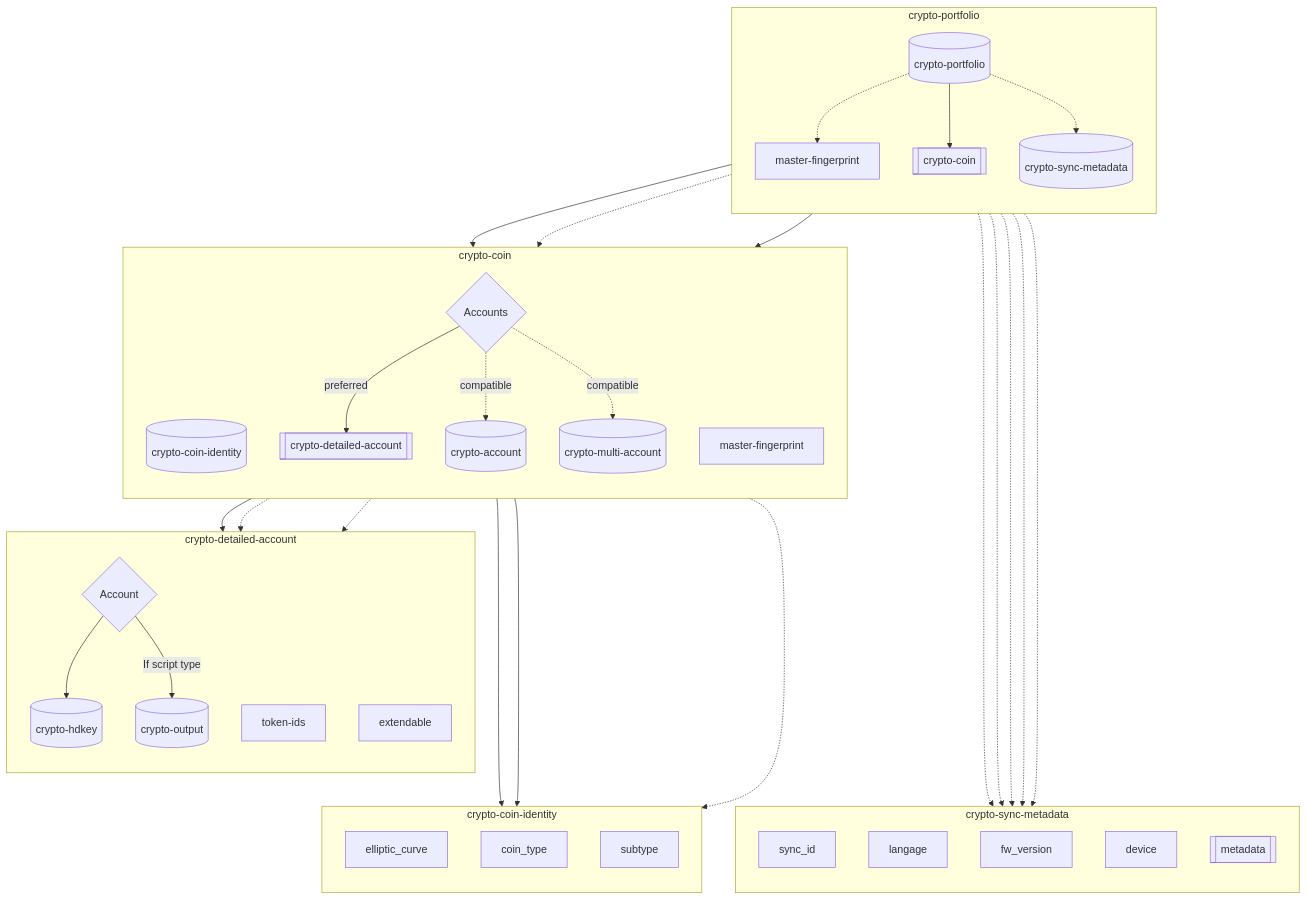
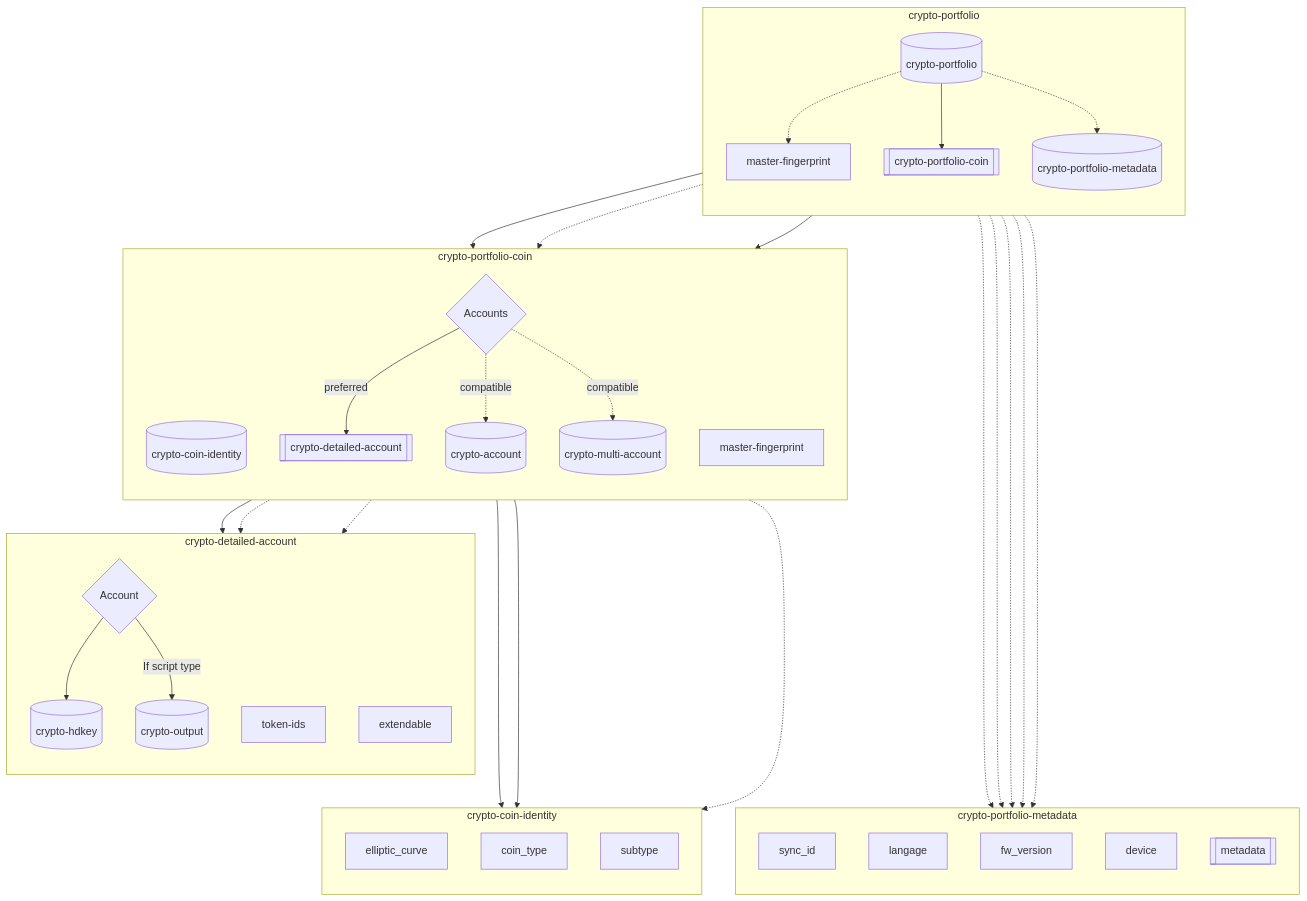
Before and after one commit to ngraveio/Research: the fourth of 4 diagrams in papers/nbcr-2023-002-multi-layer-sync.md, drawn with Mermaid. The commit also changed other lines of this file, not shown here.

Commit message:
Sync: Rename crypto-coin and crypto-sync-metadata to crypto-portfolio-coin and crypto-portfolio-metadata respectively

````diff
--- a/papers/nbcr-2023-002-multi-layer-sync.md
+++ b/papers/nbcr-2023-002-multi-layer-sync.md
@@ -445,50 +445,50 @@
 ```mermaid
 flowchart TB
 	%% crypto-sync breakdown
 	Sync[(crypto-portfolio)]
 	subgraph crypto-portfolio
   direction TB
 	Sync -.-> MF1[master-fingerprint]
-	Sync --> Coins[[crypto-coin]]
-	Sync -.-> Meta[(crypto-sync-metadata)]
+	Sync --> Coins[[crypto-portfolio-coin]]
+	Sync -.-> Meta[(crypto-portfolio-metadata)]
 	end
 
-	%% crypto-sync-metadata breakdown
-	subgraph crypto-sync-metadata
+	%% crypto-portfolio-metadata breakdown
+	subgraph crypto-portfolio-metadata
   direction TB
 	Meta -...-> sync_id
 	Meta -...-> langage
 	Meta -...-> fw_version
 	Meta -...-> device
   Meta -...-> metadata[[metadata]]
 	end
 
-	%% crypto-coins breakdown
-	subgraph crypto-coin
+	%% crypto-portfolio-coin breakdown
+	subgraph crypto-portfolio-coin
   direction TB
 	Coins --> ID[(crypto-coin-identity)]
   Coins -.-> MF2[master-fingerprint]
   Coins --> accs{Accounts}
 	accs --> |preferred| DetAcc[[crypto-detailed-account]]
   accs -.-> |compatible| Acc[(crypto-account)]
   accs -.-> |compatible| multi[(crypto-multi-account)]
   end
 
   %% crypto-detailed-account breakdown
   subgraph crypto-detailed-account
   direction TB
   DetAcc --> key{Account}
 	key --> HD[(crypto-hdkey)]
 	key --> |If script type| Out[(crypto-output)]
 	DetAcc -.-> token-ids
   DetAcc -.-> extendable
 	end
 
 	%% crypto-coin-identity breakdown
 	subgraph crypto-coin-identity
   direction TB
 	ID ---> elliptic_curve
 	ID ---> coin_type
 	ID -..-> subtype
 	end
 ```
````
